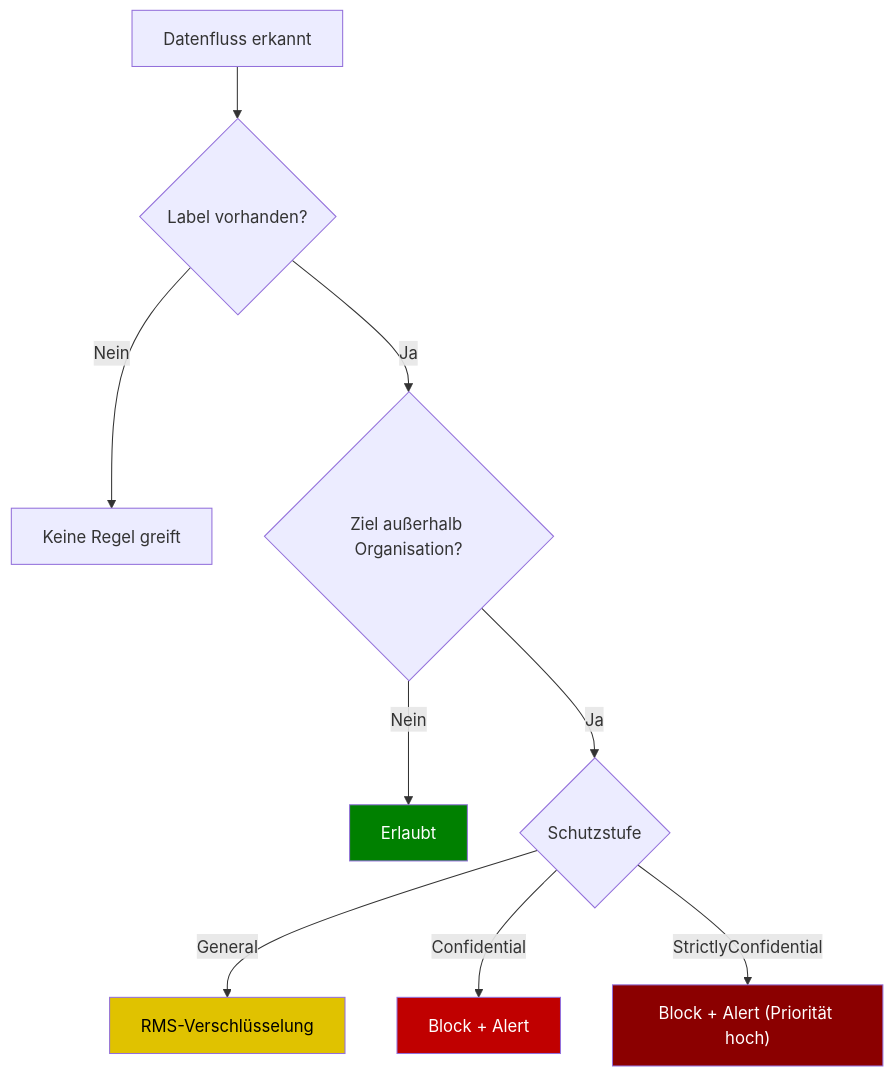
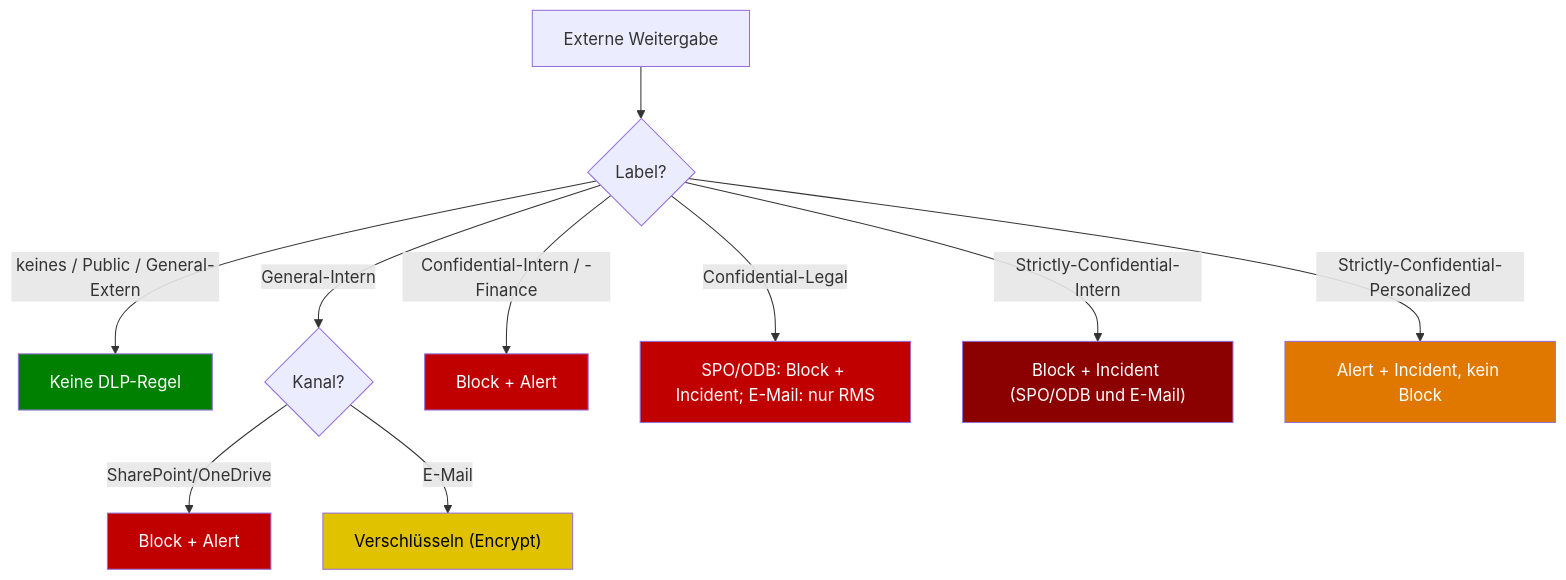
Before and after one commit to WeissiEfficiency/Purview: the third of 10 diagrams in Roadmap/Visualisierungen.md, drawn with Mermaid. The commit also changed other lines of this file and 22 other files, not shown here.

````diff
--- a/Roadmap/Visualisierungen.md
+++ b/Roadmap/Visualisierungen.md
@@ -52,16 +72,20 @@
 ```mermaid
 flowchart TD
-    Start["Datenfluss erkannt"] --> Label{"Label vorhanden?"}
-    Label -- Nein --> NoMatch["Keine Regel greift"]
-    Label -- Ja --> Scope{"Ziel außerhalb Organisation?"}
-    Scope -- Nein --> Internal["Erlaubt"]
-    Scope -- Ja --> Level{"Schutzstufe"}
-    Level -- General --> Encrypt["RMS-Verschlüsselung"]
-    Level -- Confidential --> Block["Block + Alert"]
-    Level -- StrictlyConfidential --> BlockHard["Block + Alert (Priorität hoch)"]
+    Start["Externe Weitergabe"] --> Label{"Label?"}
+    Label -- "keines / Public / General-Extern" --> Allow["Keine DLP-Regel"]
+    Label -- "General-Intern" --> GIch{"Kanal?"}
+    GIch -- "SharePoint/OneDrive" --> Block1["Block + Alert"]
+    GIch -- "E-Mail" --> Enc["Verschlüsseln (Encrypt)"]
+    Label -- "Confidential-Intern / -Finance" --> Block2["Block + Alert"]
+    Label -- "Confidential-Legal" --> Block3["SPO/ODB: Block + Incident; E-Mail: nur RMS"]
+    Label -- "Strictly-Confidential-Intern" --> Block4["Block + Incident (SPO/ODB und E-Mail)"]
+    Label -- "Strictly-Confidential-Personalized" --> Alert["Alert + Incident, kein Block"]
 
-    style Block fill:#c00000,color:#fff
-    style BlockHard fill:#8b0000,color:#fff
-    style Encrypt fill:#e0c200,color:#000
-    style Internal fill:#008000,color:#fff
+    style Block1 fill:#c00000,color:#fff
+    style Block2 fill:#c00000,color:#fff
+    style Block3 fill:#c00000,color:#fff
+    style Block4 fill:#8b0000,color:#fff
+    style Enc fill:#e0c200,color:#000
+    style Alert fill:#e07800,color:#fff
+    style Allow fill:#008000,color:#fff
 ```
````
